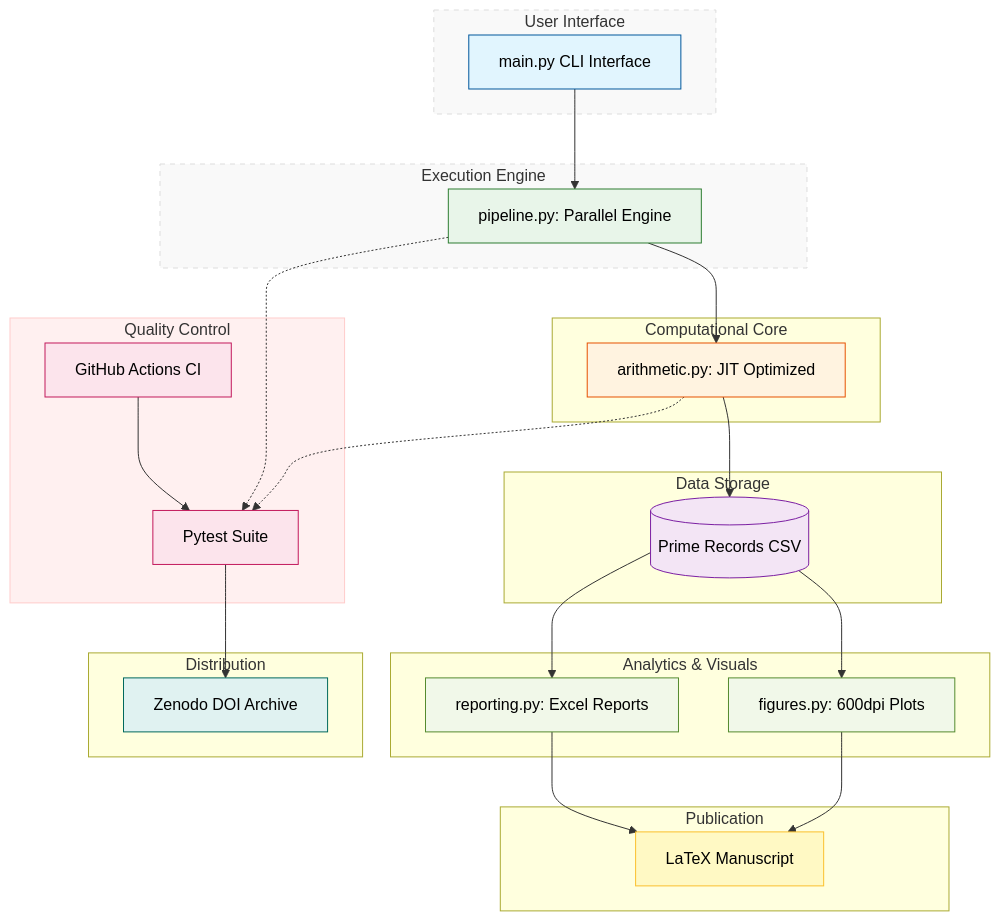
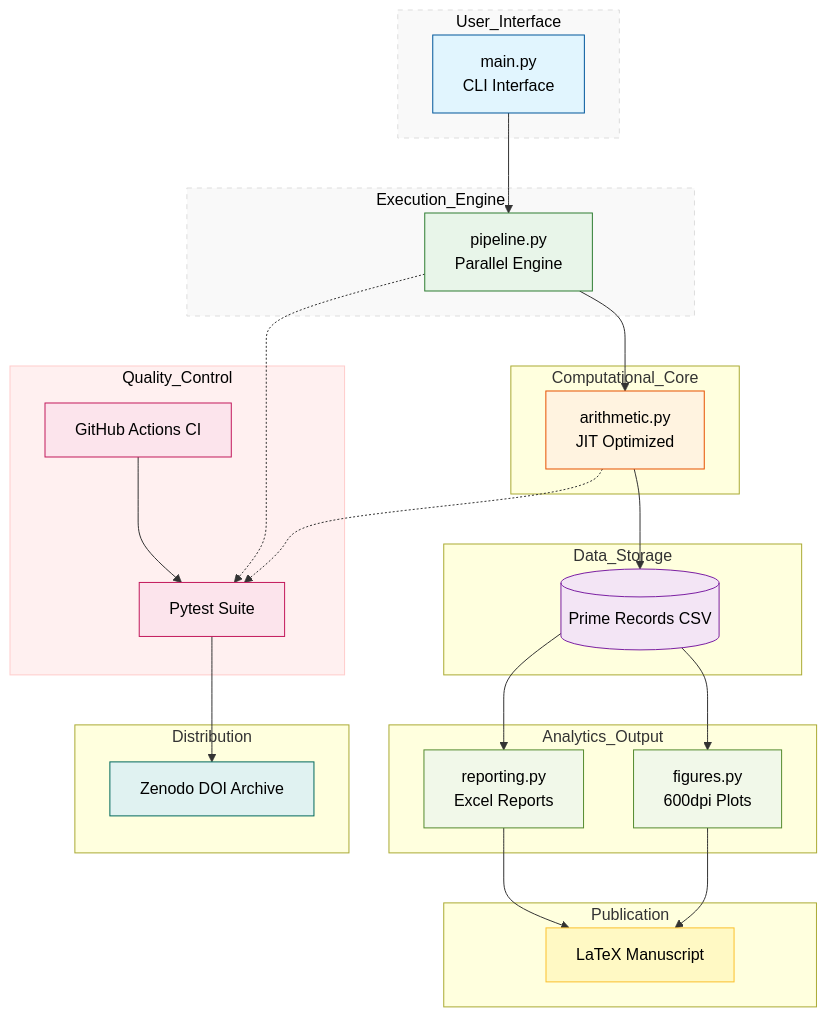
Before and after one commit to Majid-Ghandali/fibonacci-cm-elliptic: the diagram in README.md, drawn with Mermaid.

````diff
--- a/README.md
+++ b/README.md
@@ -74,66 +74,110 @@
 
 
 flowchart TD
-    %% تعریف استایل کادرهای پس‌زمینه (subgraph)
-    style User_Interface fill:#f9f9f9,stroke:#ddd,stroke-dasharray: 5 5
-    style Execution_Engine fill:#f9f9f9,stroke:#ddd,stroke-dasharray: 5 5
-    style Quality_Control fill:#fff0f0,stroke:#ffcccb
 
-    %% استایل باکس‌ها (متن مشکی با color:#000)
-    style CLI fill:#E1F5FE,stroke:#01579B,color:#000
-    style PIPE fill:#E8F5E9,stroke:#2E7D32,color:#000
-    style ARITH fill:#FFF3E0,stroke:#E65100,color:#000
-    style CSV fill:#F3E5F5,stroke:#7B1FA2,color:#000
-    style REPORT fill:#F1F8E9,stroke:#558B2F,color:#000
-    style FIG fill:#F1F8E9,stroke:#558B2F,color:#000
-    style PAPER fill:#FFF9C4,stroke:#FBC02D,color:#000
-    style CI fill:#FCE4EC,stroke:#C2185B,color:#000
-    style TEST fill:#FCE4EC,stroke:#C2185B,color:#000
-    style ZENODO fill:#E0F2F1,stroke:#00695C,color:#000
+%% =========================
+%% Global Styles
+%% =========================
+classDef ui fill:#f9f9f9,stroke:#ddd,stroke-dasharray:5 5,color:#000
+classDef engine fill:#f9f9f9,stroke:#ddd,stroke-dasharray:5 5,color:#000
+classDef qc fill:#fff0f0,stroke:#ffcccb,color:#000
 
-    subgraph User_Interface [User Interface]
-        CLI[main.py CLI Interface]
-    end
+classDef cli fill:#E1F5FE,stroke:#01579B,color:#000
+classDef pipe fill:#E8F5E9,stroke:#2E7D32,color:#000
+classDef arith fill:#FFF3E0,stroke:#E65100,color:#000
+classDef csv fill:#F3E5F5,stroke:#7B1FA2,color:#000
+classDef report fill:#F1F8E9,stroke:#558B2F,color:#000
+classDef fig fill:#F1F8E9,stroke:#558B2F,color:#000
+classDef paper fill:#FFF9C4,stroke:#FBC02D,color:#000
+classDef ci fill:#FCE4EC,stroke:#C2185B,color:#000
+classDef test fill:#FCE4EC,stroke:#C2185B,color:#000
+classDef zenodo fill:#E0F2F1,stroke:#00695C,color:#000
 
-    subgraph Execution_Engine [Execution Engine]
-        PIPE[pipeline.py: Parallel Engine]
-    end
+%% =========================
+%% User Interface
+%% =========================
+subgraph User_Interface
+    CLI[main.py<br/>CLI Interface]
+end
+class User_Interface ui
+class CLI cli
 
-    subgraph Computational_Core [Computational Core]
-        ARITH[arithmetic.py: JIT Optimized]
-    end
+%% =========================
+%% Execution Engine
+%% =========================
+subgraph Execution_Engine
+    PIPE[pipeline.py<br/>Parallel Engine]
+end
+class Execution_Engine engine
+class PIPE pipe
 
-    subgraph Data_Storage [Data Storage]
-        CSV[(Prime Records CSV)]
-    end
+%% =========================
+%% Computational Core
+%% =========================
+subgraph Computational_Core
+    ARITH[arithmetic.py<br/>JIT Optimized]
+end
+class ARITH arith
 
-    subgraph Analytics_Output [Analytics & Visuals]
-        REPORT[reporting.py: Excel Reports]
-        FIG[figures.py: 600dpi Plots]
-    end
+%% =========================
+%% Data Storage
+%% =========================
+subgraph Data_Storage
+    CSV[(Prime Records CSV)]
+end
+class CSV csv
 
-    subgraph Publication [Publication]
-        PAPER[LaTeX Manuscript]
-    end
+%% =========================
+%% Analytics & Visuals
+%% =========================
+subgraph Analytics_Output
+    REPORT[reporting.py<br/>Excel Reports]
+    FIG[figures.py<br/>600dpi Plots]
+end
+class REPORT report
+class FIG fig
 
-    subgraph Quality_Control [Quality Control]
-        CI[GitHub Actions CI]
-        TEST[Pytest Suite]
-    end
+%% =========================
+%% Publication
+%% =========================
+subgraph Publication
+    PAPER[LaTeX Manuscript]
+end
+class PAPER paper
 
-    subgraph Distribution [Distribution]
-        ZENODO[Zenodo DOI Archive]
-    end
+%% =========================
+%% Quality Control
+%% =========================
+subgraph Quality_Control
+    CI[GitHub Actions CI]
+    TEST[Pytest Suite]
+end
+class Quality_Control qc
+class CI ci
+class TEST test
 
-    CLI --> PIPE
-    PIPE --> ARITH
-    ARITH --> CSV
-    CSV --> REPORT
-    CSV --> FIG
-    REPORT --> PAPER
-    FIG --> PAPER
-    CI --> TEST
-    TEST --> ZENODO
-    PIPE -.-> TEST
-    ARITH -.-> TEST
+%% =========================
+%% Distribution
+%% =========================
+subgraph Distribution
+    ZENODO[Zenodo DOI Archive]
+end
+class ZENODO zenodo
+
+%% =========================
+%% Connections
+%% =========================
+CLI --> PIPE
+PIPE --> ARITH
+ARITH --> CSV
+CSV --> REPORT
+CSV --> FIG
+REPORT --> PAPER
+FIG --> PAPER
+
+CI --> TEST
+TEST --> ZENODO
+
+PIPE -.-> TEST
+ARITH -.-> TEST
 ```
````
